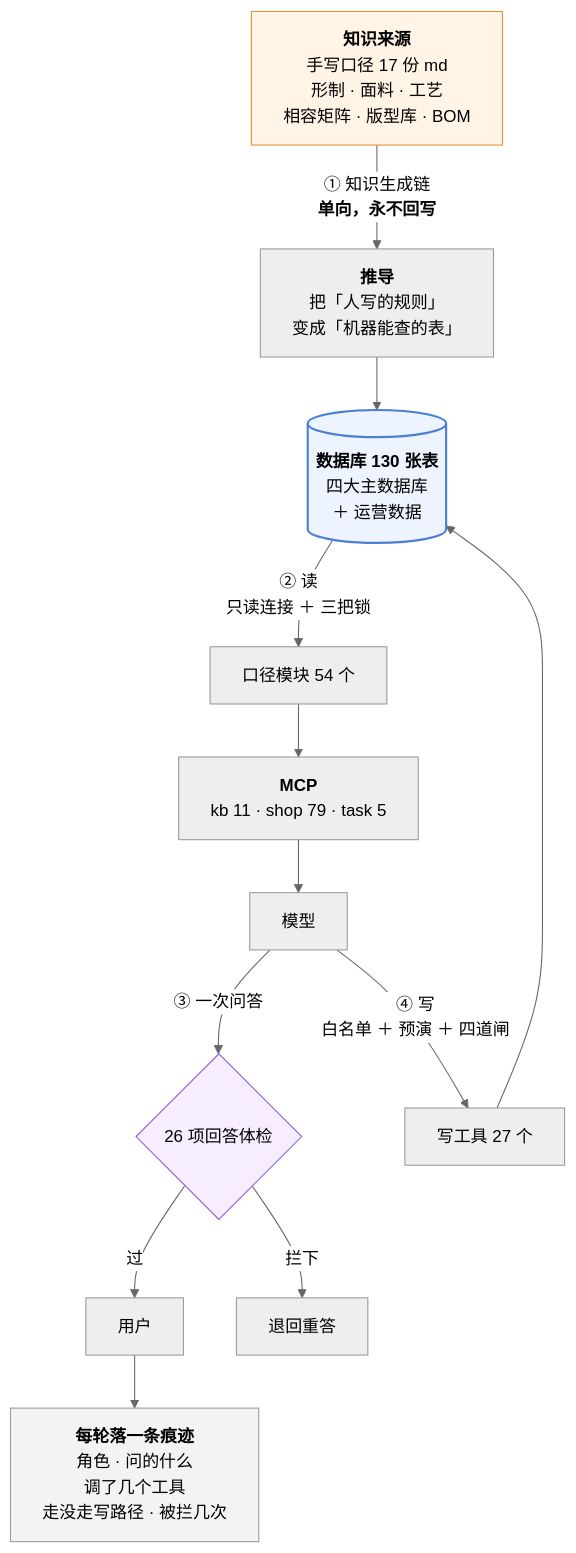
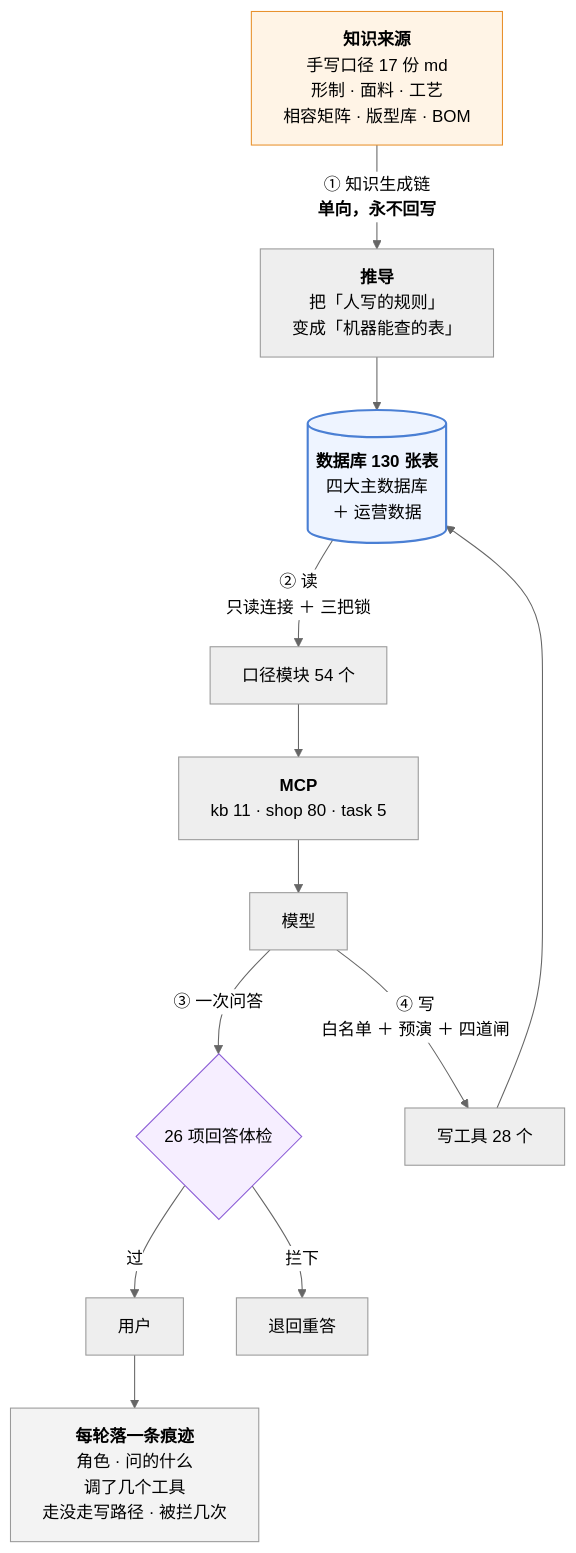
One commit to 843773296-rgb/lanxiu-yunshang-agent changed the third of 3 diagrams in 澜绣云裳agent-产品说明.md. Above: the diagram before and after it, drawn with Mermaid (neutral theme). The commit also changed other lines of this file and 8 other files, not shown here.

````diff
--- a/澜绣云裳agent-产品说明.md
+++ b/澜绣云裳agent-产品说明.md
@@ -1004,24 +1005,24 @@
 ```mermaid
 flowchart TD
     MD["<b>知识来源</b><br/>手写口径 17 份 md<br/>形制 · 面料 · 工艺<br/>相容矩阵 · 版型库 · BOM"]
     MD -->|"① 知识生成链<br/><b>单向，永不回写</b>"| DV["<b>推导</b><br/>把「人写的规则」<br/>变成「机器能查的表」"]
     DV --> DB[("<b>数据库 130 张表</b><br/>四大主数据库<br/>＋ 运营数据")]
 
     DB -->|"② 读<br/>只读连接 ＋ 三把锁"| KJ["口径模块 54 个"]
-    KJ --> MCP["<b>MCP</b><br/>kb 11 · shop 79 · task 5"]
+    KJ --> MCP["<b>MCP</b><br/>kb 11 · shop 80 · task 5"]
     MCP --> LLM["模型"]
 
     LLM -->|"③ 一次问答"| GD{"26 项回答体检"}
     GD -- 过 --> U["用户"]
     GD -- 拦下 --> RE["退回重答"]
 
-    LLM -->|"④ 写<br/>白名单 ＋ 预演 ＋ 四道闸"| W["写工具 27 个"]
+    LLM -->|"④ 写<br/>白名单 ＋ 预演 ＋ 四道闸"| W["写工具 28 个"]
     W --> DB
 
     U --> TR["<b>每轮落一条痕迹</b><br/>角色 · 问的什么<br/>调了几个工具<br/>走没走写路径 · 被拦几次"]
 
     style MD fill:#fff4e6,stroke:#e8912d
     style DB fill:#eef4ff,stroke:#4a7fd4,stroke-width:2px
     style GD fill:#f6eeff,stroke:#8b5cd6
     style TR fill:#f3f3f3,stroke:#999
 ```
````
